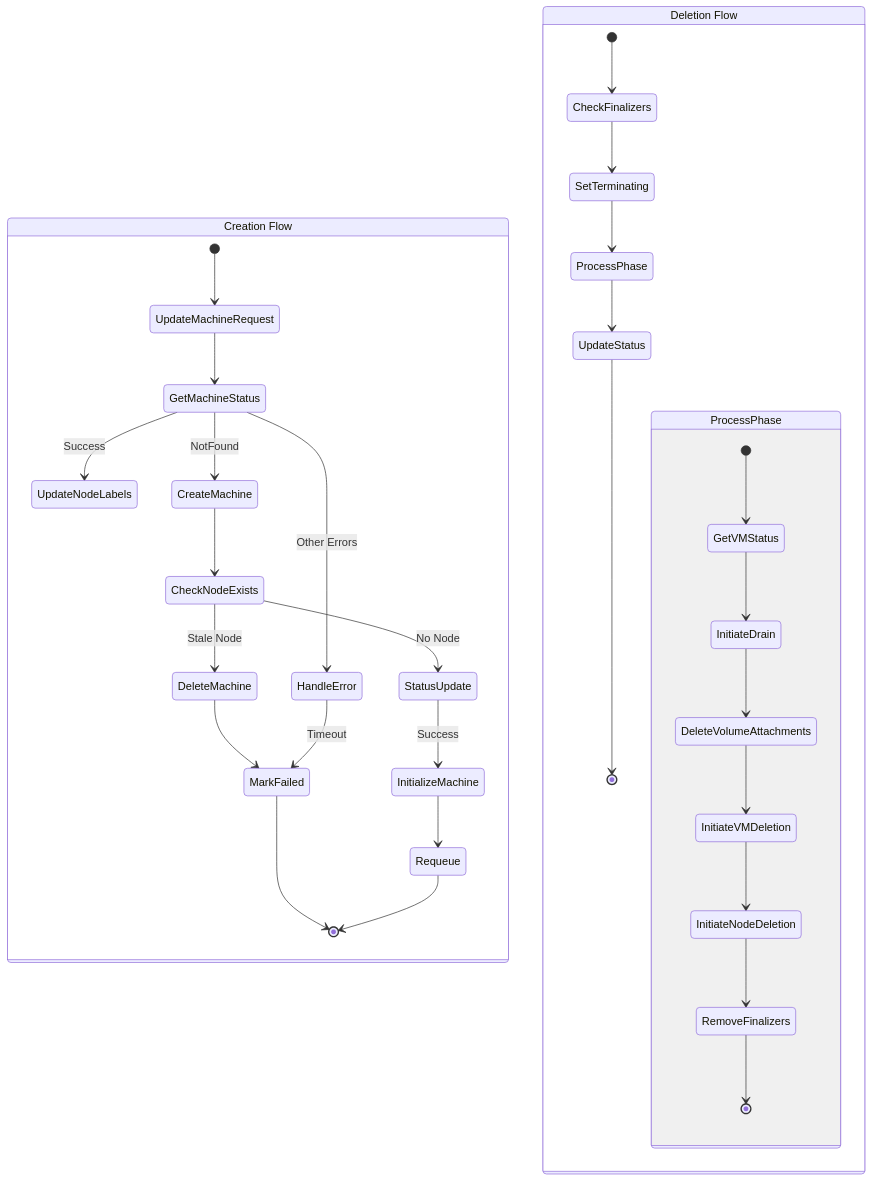
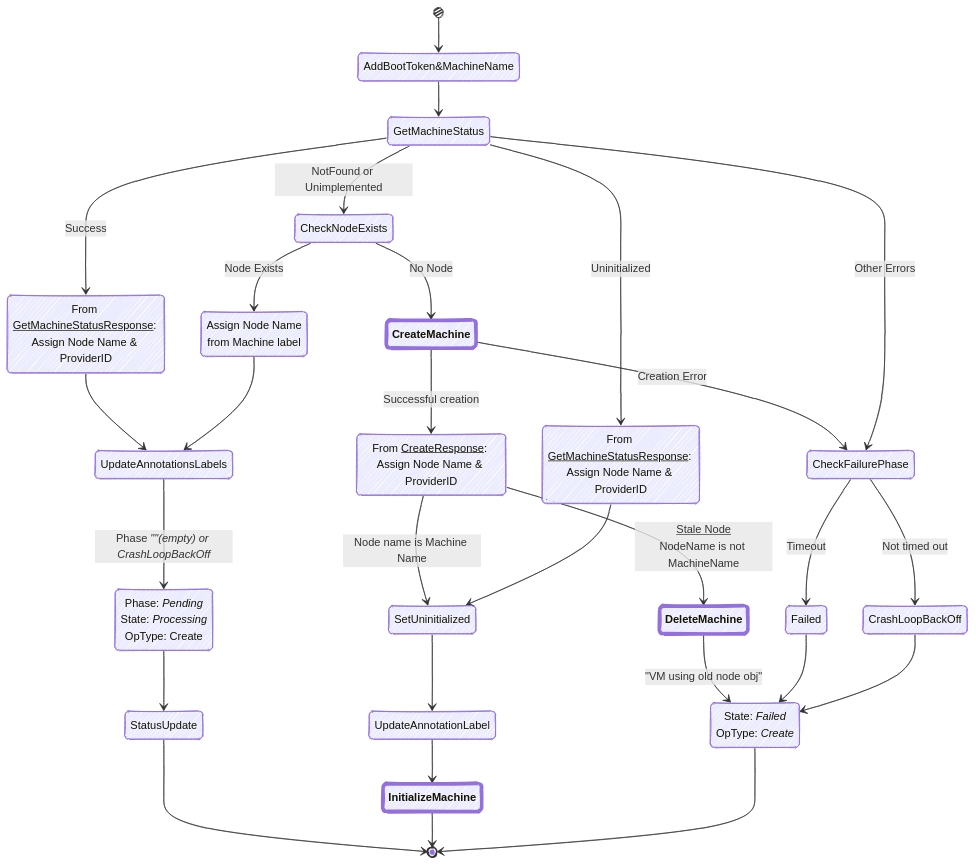
One commit to brongulus/brongulus.github.io changed the third of 7 diagrams in content/notes/2fast2mcm.md. Above: the diagram before and after it, drawn with Mermaid. The commit also changed other lines of this file and 7 other files, not shown here.

````diff
--- a/content/notes/2fast2mcm.md
+++ b/content/notes/2fast2mcm.md
@@ -128,42 +129,50 @@
 ```mermaid
+---
+  config:
+    look: handDrawn
+---
 stateDiagram-v2
-    state "Creation Flow" as CF {
-        [*] --> UpdateMachineRequest
-        UpdateMachineRequest --> GetMachineStatus
+    classDef imp font-weight:bold,stroke-width:5px;
+        state "From <u>CreateResponse</u>: Assign Node Name & ProviderID" as ANPIDCMR
+        state "From <u>GetMachineStatusResponse</u>: Assign Node Name & ProviderID" as ANPIDGMS
+        state "From <u>GetMachineStatusResponse</u>: Assign Node Name & ProviderID" as ANPIDGMSR
+        state "Assign Node Name<br/>from Machine label" as ANML
+        state "Phase: <i>Pending</i><br/>State: <i>Processing</i><br/>OpType: Create" as CPPP
+        state "State: <i>Failed</i><br/>OpType: <i>Create</i>" as SFFF
         
-        GetMachineStatus --> UpdateNodeLabels : Success
-        GetMachineStatus --> CreateMachine : NotFound
-        GetMachineStatus --> HandleError : Other Errors
+        [*] --> AddBootToken&MachineName
+        AddBootToken&MachineName --> GetMachineStatus
         
-        CreateMachine --> CheckNodeExists
-        CheckNodeExists --> DeleteMachine : Stale Node
-        CheckNodeExists --> StatusUpdate : No Node
+        GetMachineStatus --> ANPIDGMS : Success
+        ANPIDGMS --> UpdateAnnotationsLabels
+        UpdateAnnotationsLabels --> CPPP : Phase <i>""(empty) or CrashLoopBackOff</i>
+        CPPP --> StatusUpdate
+        StatusUpdate --> [*]
         
-        DeleteMachine --> MarkFailed
-        StatusUpdate --> InitializeMachine : Success
-        InitializeMachine --> Requeue
+        GetMachineStatus --> CheckNodeExists : NotFound or Unimplemented
+        CheckNodeExists --> ANML : Node Exists
+        ANML --> UpdateAnnotationsLabels
         
-        HandleError --> MarkFailed : Timeout
-        MarkFailed --> [*]
-        Requeue --> [*]
-    }
+        CheckNodeExists --> CreateMachine:::imp : No Node
+        CreateMachine:::imp --> ANPIDCMR : Successful creation
+        CreateMachine:::imp --> CheckFailurePhase : Creation Error
+        ANPIDCMR --> SetUninitialized : Node name is Machine Name
+        SetUninitialized --> UpdateAnnotationLabel
+        UpdateAnnotationLabel --> InitializeMachine:::imp
+        InitializeMachine:::imp --> [*]
+        
+        ANPIDCMR --> DeleteMachine:::imp : <u>Stale Node</u><br/>NodeName is not MachineName
+        DeleteMachine:::imp --> SFFF: "VM using old node obj"
+        
+        GetMachineStatus --> ANPIDGMSR : Uninitialized
+        ANPIDGMSR --> SetUninitialized
+        
+        GetMachineStatus --> CheckFailurePhase : Other Errors
+        CheckFailurePhase --> Failed : Timeout
+        CheckFailurePhase --> CrashLoopBackOff : Not timed out
+        Failed --> SFFF
+        CrashLoopBackOff --> SFFF
+        
+        SFFF --> [*]
 
-    state "Deletion Flow" as DF {
-        [*] --> CheckFinalizers
-        CheckFinalizers --> SetTerminating
-        SetTerminating --> ProcessPhase
-        
-        state "ProcessPhase" as PP {
-            [*] --> GetVMStatus
-            GetVMStatus --> InitiateDrain
-            InitiateDrain --> DeleteVolumeAttachments
-            DeleteVolumeAttachments --> InitiateVMDeletion
-            InitiateVMDeletion --> InitiateNodeDeletion
-            InitiateNodeDeletion --> RemoveFinalizers
-            RemoveFinalizers --> [*]
-        }
-        
-        ProcessPhase --> UpdateStatus
-        UpdateStatus --> [*]
-    }
 ```
````
